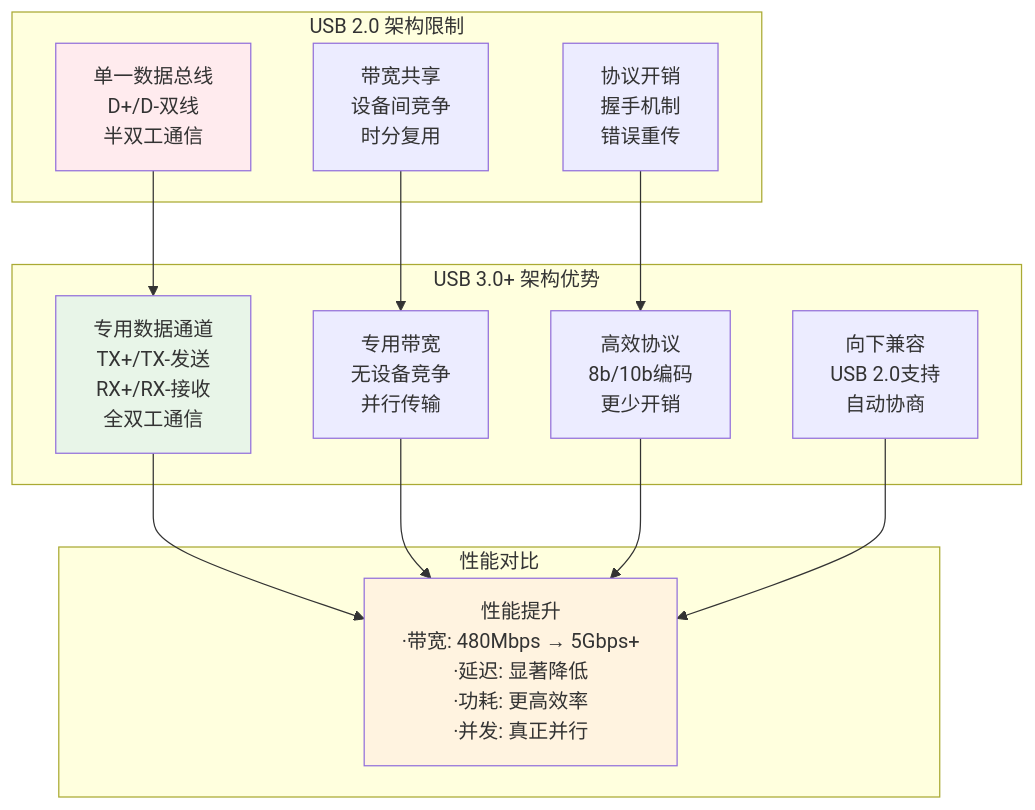
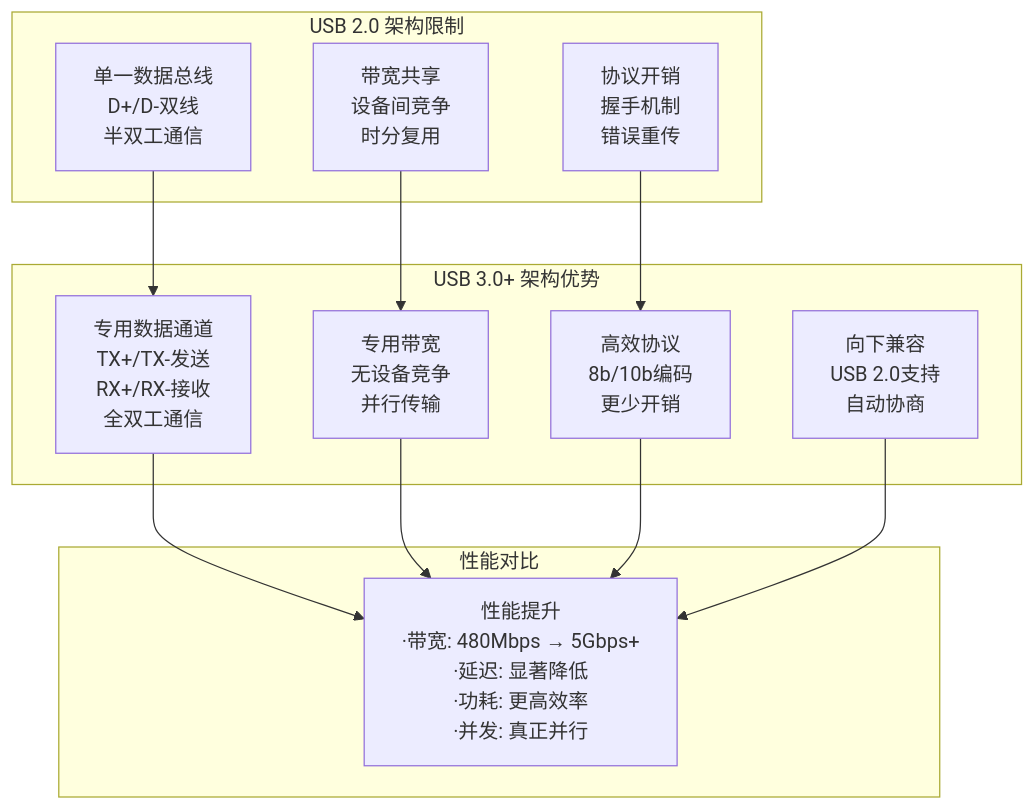
Diagram 19 of 21 in 08-USB架构图和流程图-可视化版.md (TbusOS/usb-learn), drawn with Mermaid before and after one commit. The commit also changed other lines of this file and 1 other file, not shown here.

````diff
--- a/08-USB架构图和流程图-可视化版.md
+++ b/08-USB架构图和流程图-可视化版.md
@@ -793,32 +770,30 @@
 ```mermaid
 graph TB
     subgraph "USB 2.0 架构限制"
         U2_BUS[单一数据总线<br/>D+/D-双线<br/>半双工通信]
         U2_SHARE[带宽共享<br/>设备间竞争<br/>时分复用]
         U2_LIMIT[协议开销<br/>握手机制<br/>错误重传]
     end
     
     subgraph "USB 3.0+ 架构优势"  
         U3_BUS[专用数据通道<br/>TX+/TX-发送<br/>RX+/RX-接收<br/>全双工通信]
         U3_DEDIC[专用带宽<br/>无设备竞争<br/>并行传输]
         U3_EFFI[高效协议<br/>8b/10b编码<br/>更少开销]
         U3_COMPAT[向下兼容<br/>USB 2.0支持<br/>自动协商]
     end
     
     subgraph "性能对比"
         PERF[性能提升<br/>·带宽: 480Mbps → 5Gbps+<br/>·延迟: 显著降低<br/>·功耗: 更高效率<br/>·并发: 真正并行]
     end
     
     U2_BUS --> U3_BUS
     U2_SHARE --> U3_DEDIC
     U2_LIMIT --> U3_EFFI
     
     U3_BUS --> PERF
     U3_DEDIC --> PERF
     U3_EFFI --> PERF
     U3_COMPAT --> PERF
     
-    style U2_BUS fill:#ffebee
-    style U3_BUS fill:#e8f5e8
-    style PERF fill:#fff3e0
+
 ```
````
